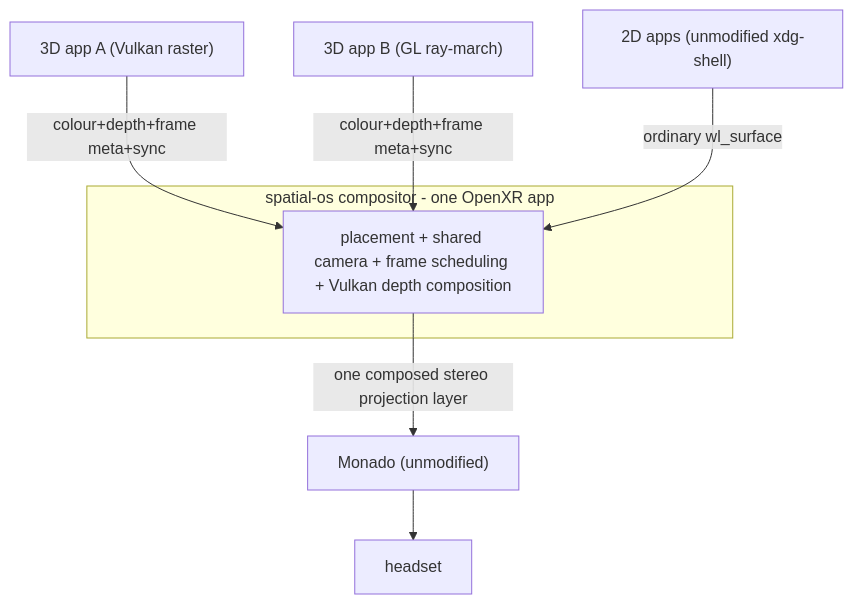
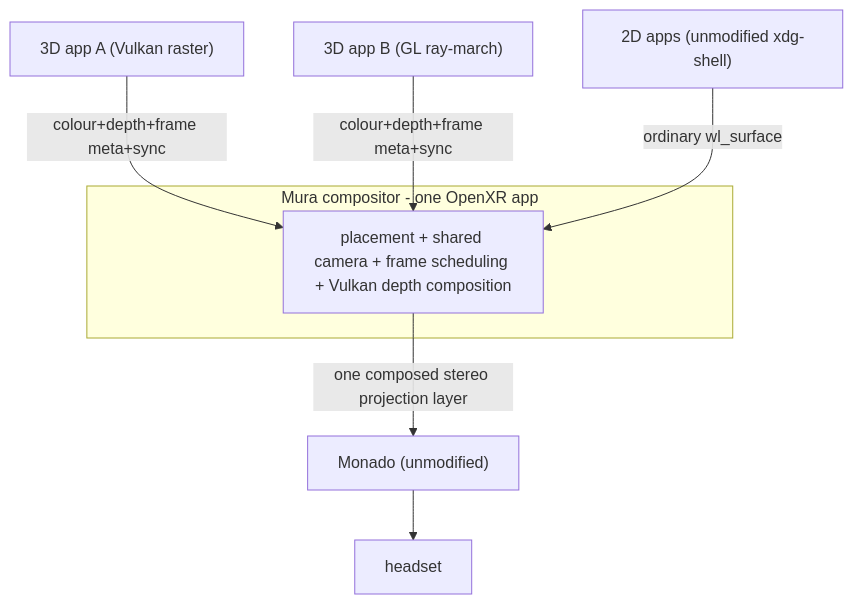
The diagram in docs/architecture/zxr-shell-v2-composition.md (mura-os/mura), drawn with Mermaid before and after one commit. The commit also changed other lines of this file and 112 other files, not shown here.

Commit message:
rename spatial-os to Mura

````diff
--- a/docs/architecture/zxr-shell-v2-composition.md
+++ b/docs/architecture/zxr-shell-v2-composition.md
@@ -198,11 +198,11 @@
 ```mermaid
 flowchart TB
     app3dA["3D app A (Vulkan raster)"] -->|"colour+depth+frame meta+sync"| comp
     app3dB["3D app B (GL ray-march)"] -->|"colour+depth+frame meta+sync"| comp
     app2d["2D apps (unmodified xdg-shell)"] -->|"ordinary wl_surface"| comp
-    subgraph compbox [spatial-os compositor - one OpenXR app]
+    subgraph compbox [Mura compositor - one OpenXR app]
         comp["placement + shared camera + frame scheduling + Vulkan depth composition"]
     end
     comp -->|"one composed stereo projection layer"| monado["Monado (unmodified)"]
     monado --> hmd["headset"]
 ```
````
